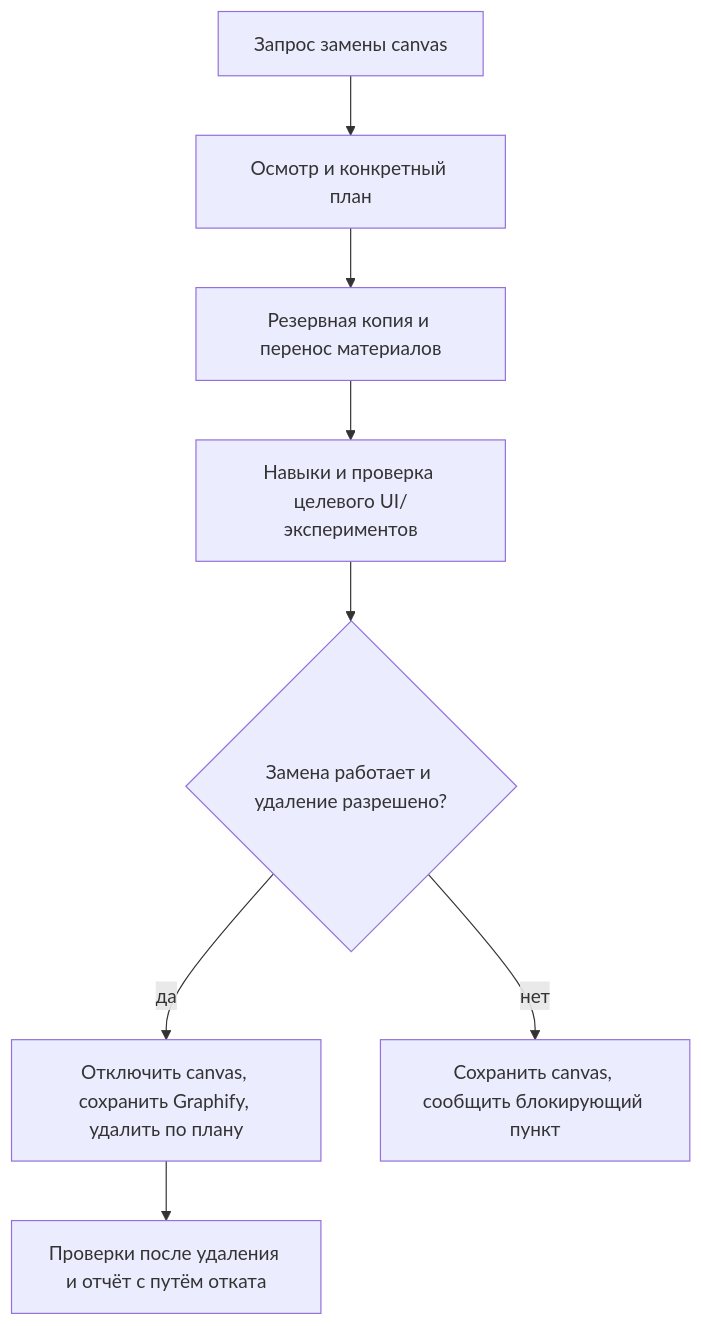
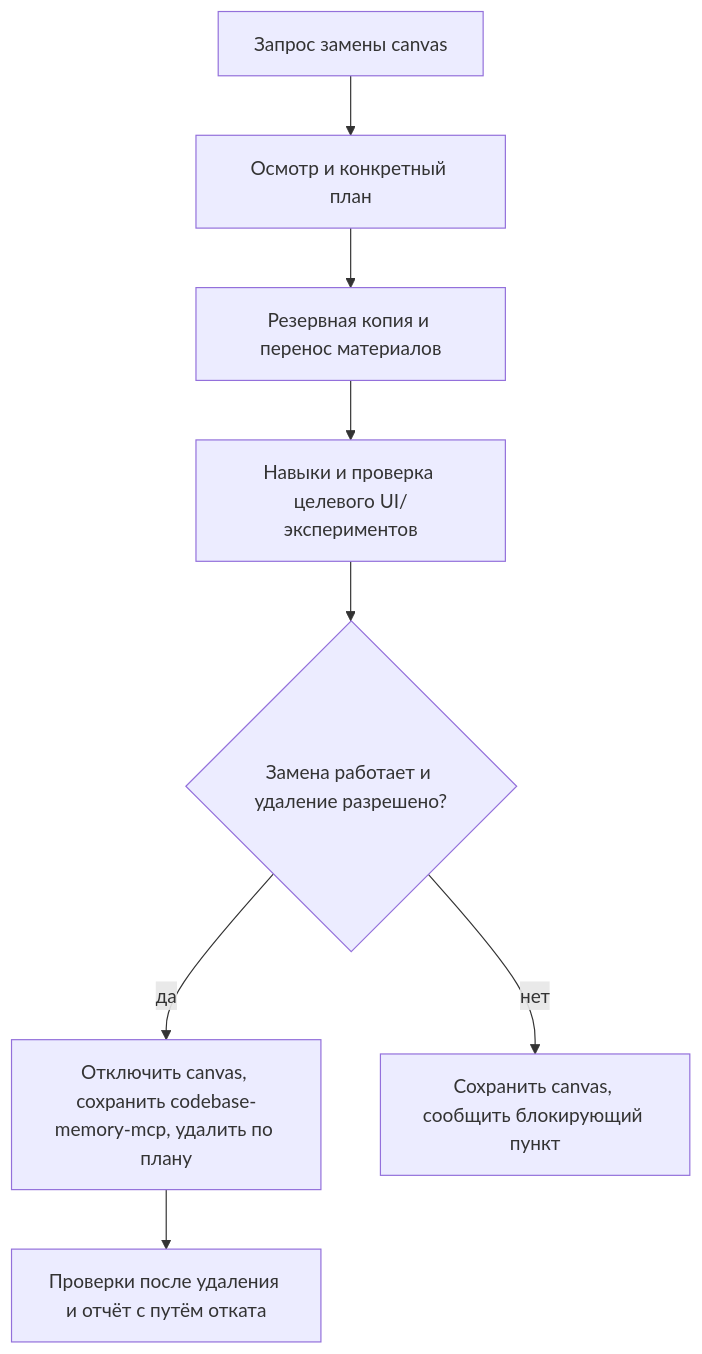
One commit to vadagama/go-product-platform changed the diagram in platform/references/prototyping-installation.md. Above: the diagram before and after it, drawn with Mermaid. The commit also changed other lines of this file and 58 other files, not shown here.

Commit message:
feat: заменить Graphify на codebase-memory-mcp

````diff
--- a/platform/references/prototyping-installation.md
+++ b/platform/references/prototyping-installation.md
@@ -286,10 +284,10 @@
 ```mermaid
 flowchart TD
     A["Запрос замены canvas"] --> B["Осмотр и конкретный план"]
     B --> C["Резервная копия и перенос материалов"]
     C --> D["Навыки и проверка целевого UI/экспериментов"]
     D --> E{"Замена работает и удаление разрешено?"}
-    E -- да --> F["Отключить canvas, сохранить Graphify, удалить по плану"]
+    E -- да --> F["Отключить canvas, сохранить codebase-memory-mcp, удалить по плану"]
     E -- нет --> G["Сохранить canvas, сообщить блокирующий пункт"]
     F --> H["Проверки после удаления и отчёт с путём отката"]
 ```
````
